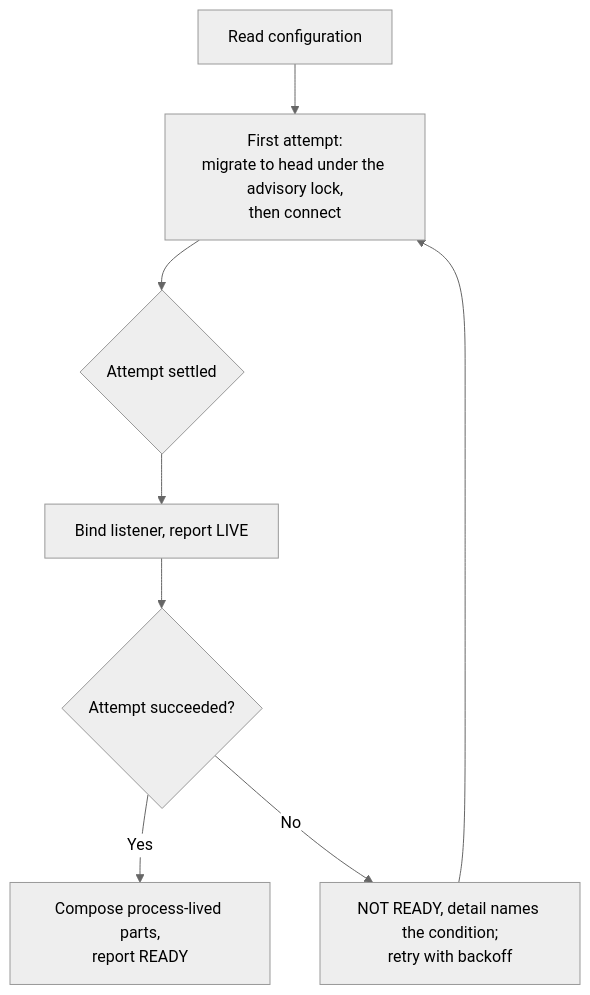
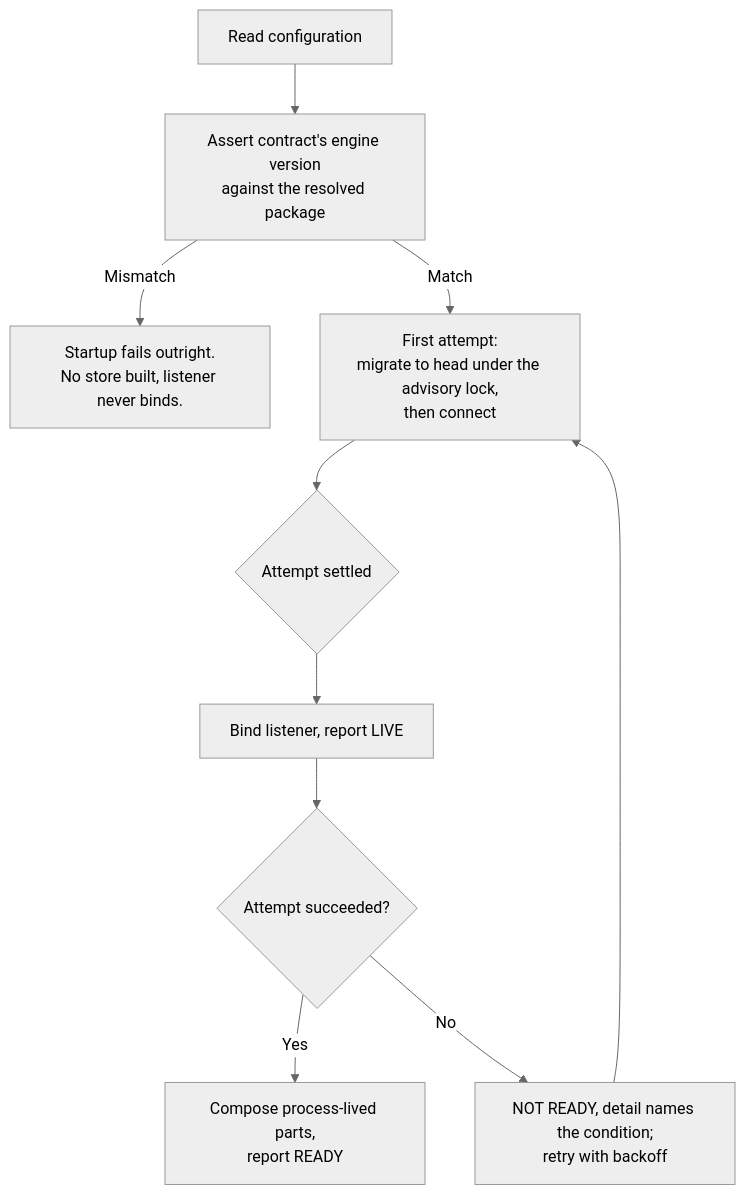
The second of 2 diagrams in docs/docs/guide.md (The-Running-Dev/SubZeroDev.Platform), drawn with Mermaid (neutral theme) before and after one commit. The commit also changed other lines of this file, not shown here.

````diff
--- a/docs/docs/guide.md
+++ b/docs/docs/guide.md
@@ -181,10 +192,12 @@
 ```mermaid
 flowchart TD
-    A["Read configuration"] --> B["First attempt:\nmigrate to head under the advisory lock,\nthen connect"]
+    A["Read configuration"] --> V["Assert contract's engine version\nagainst the resolved package"]
+    V -->|"Mismatch"| X["Startup fails outright.\nNo store built, listener never binds."]
+    V -->|"Match"| B["First attempt:\nmigrate to head under the advisory lock,\nthen connect"]
     B --> C{"Attempt settled"}
     C --> D["Bind listener, report LIVE"]
     D --> E{"Attempt succeeded?"}
     E -->|"Yes"| F["Compose process-lived parts,\nreport READY"]
     E -->|"No"| G["NOT READY, detail names the condition;\nretry with backoff"]
     G --> B
 ```
````
